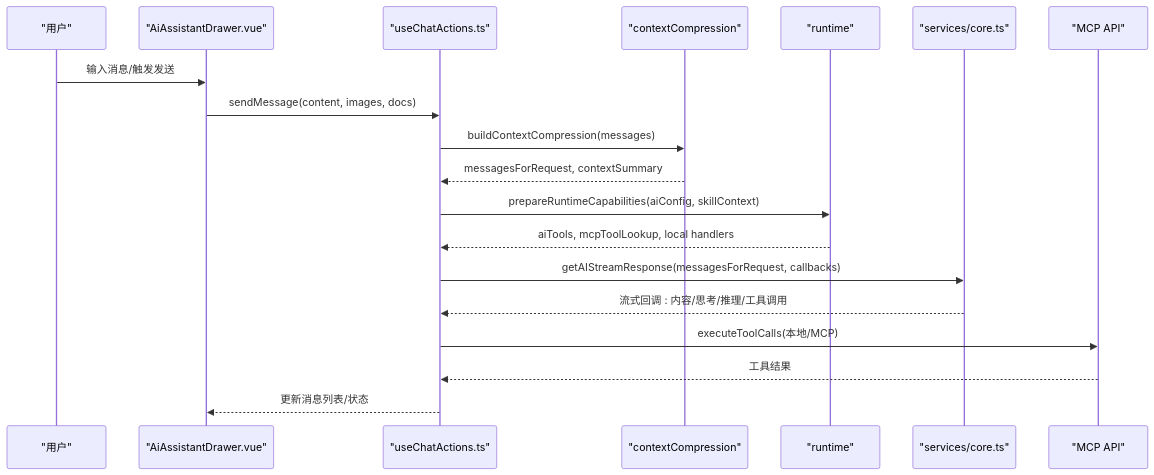
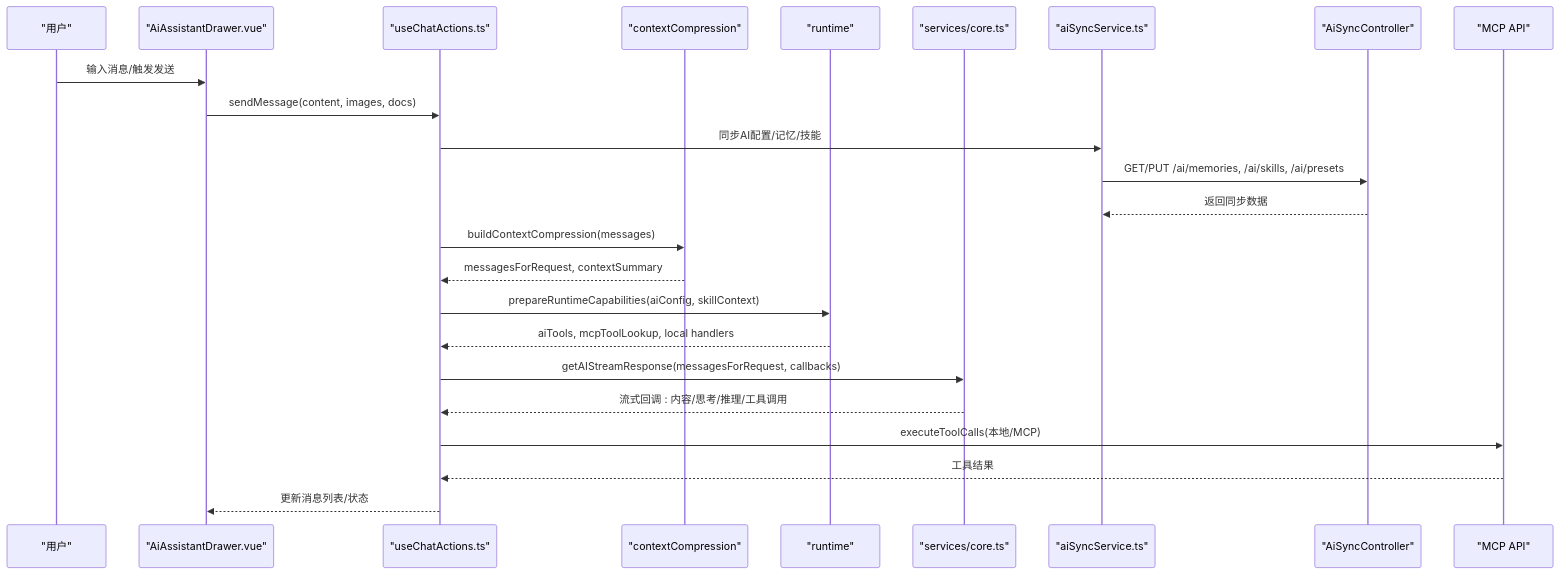
Before and after one commit to xixixiaoyu/Todo: the second of 12 diagrams in .qoder/repowiki/zh/content/核心模块/AI助手系统/AI助手系统.md, drawn with Mermaid. The commit also changed other lines of this file and 12 other files, not shown here.

````diff
--- a/.qoder/repowiki/zh/content/核心模块/AI助手系统/AI助手系统.md
+++ b/.qoder/repowiki/zh/content/核心模块/AI助手系统/AI助手系统.md
@@ -157,21 +225,26 @@
 ```mermaid
 sequenceDiagram
 participant U as "用户"
 participant D as "AiAssistantDrawer.vue"
 participant C as "useChatActions.ts"
 participant CC as "contextCompression"
 participant R as "runtime"
 participant S as "services/core.ts"
+participant MS as "aiSyncService.ts"
+participant SYNC as "AiSyncController"
 participant M as "MCP API"
 U->>D : 输入消息/触发发送
 D->>C : sendMessage(content, images, docs)
+C->>MS : 同步AI配置/记忆/技能
+MS->>SYNC : GET/PUT /ai/memories, /ai/skills, /ai/presets
+SYNC-->>MS : 返回同步数据
 C->>CC : buildContextCompression(messages)
 CC-->>C : messagesForRequest, contextSummary
 C->>R : prepareRuntimeCapabilities(aiConfig, skillContext)
 R-->>C : aiTools, mcpToolLookup, local handlers
 C->>S : getAIStreamResponse(messagesForRequest, callbacks)
 S-->>C : 流式回调 : 内容/思考/推理/工具调用
 C->>M : executeToolCalls(本地/MCP)
 M-->>C : 工具结果
 C-->>D : 更新消息列表/状态
 ```
````
